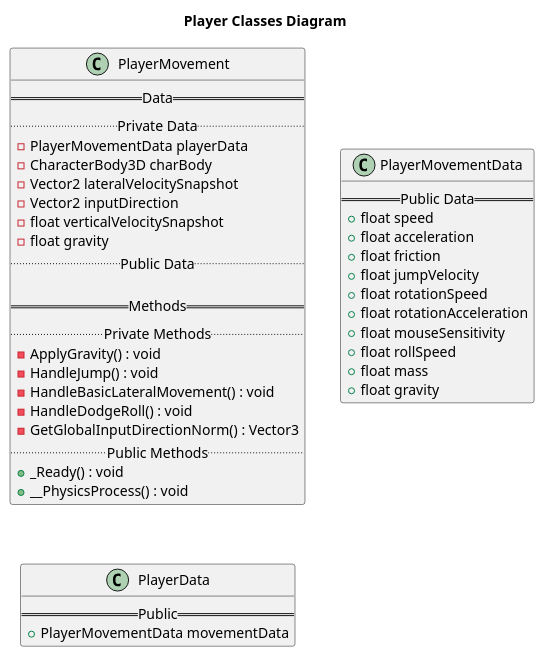
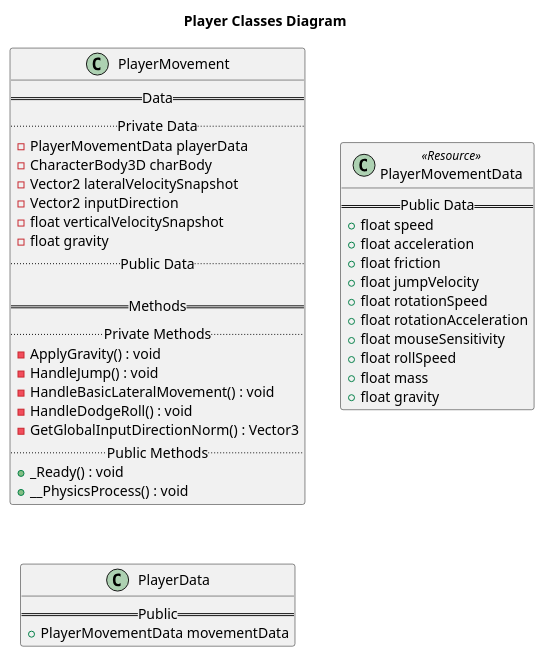
The diagram in Godot-Project/UML-Diagrams/src/Player-Classes.puml (kjtkanaly/Roguelike-Shoot-Em-Up), drawn with PlantUML before and after one commit. The commit also changed 2 other files, not shown here.

Commit message:
Fixed shadow casting issue. Updated the player class diagram to reflect that the PlayerMovementData class is a resource

```diff
--- a/Godot-Project/UML-Diagrams/src/Player-Classes.puml
+++ b/Godot-Project/UML-Diagrams/src/Player-Classes.puml
@@ -1,47 +1,47 @@
 @startuml Player Classes
 
 title Player Classes Diagram
 
 class PlayerMovement {
     == Data ==
     .. Private Data ..
     - PlayerMovementData playerData
     - CharacterBody3D charBody
     - Vector2 lateralVelocitySnapshot
     - Vector2 inputDirection
     - float verticalVelocitySnapshot
     - float gravity
     .. Public Data ..
 
     == Methods ==
     .. Private Methods ..
     - ApplyGravity() : void
     - HandleJump() : void
     - HandleBasicLateralMovement() : void
     - HandleDodgeRoll() : void
     - GetGlobalInputDirectionNorm() : Vector3
     .. Public Methods ..
     + _Ready() : void
     + __PhysicsProcess() : void
 }
 
-class PlayerMovementData {
+class PlayerMovementData <<Resource>> {
     == Public Data ==
     + float speed
     + float acceleration
     + float friction
     + float jumpVelocity
     + float rotationSpeed
     + float rotationAcceleration
     + float mouseSensitivity
     + float rollSpeed
     + float mass
     + float gravity
 }
 
 class PlayerData {
     == Public ==
     + PlayerMovementData movementData
 }
 
 @enduml
```
